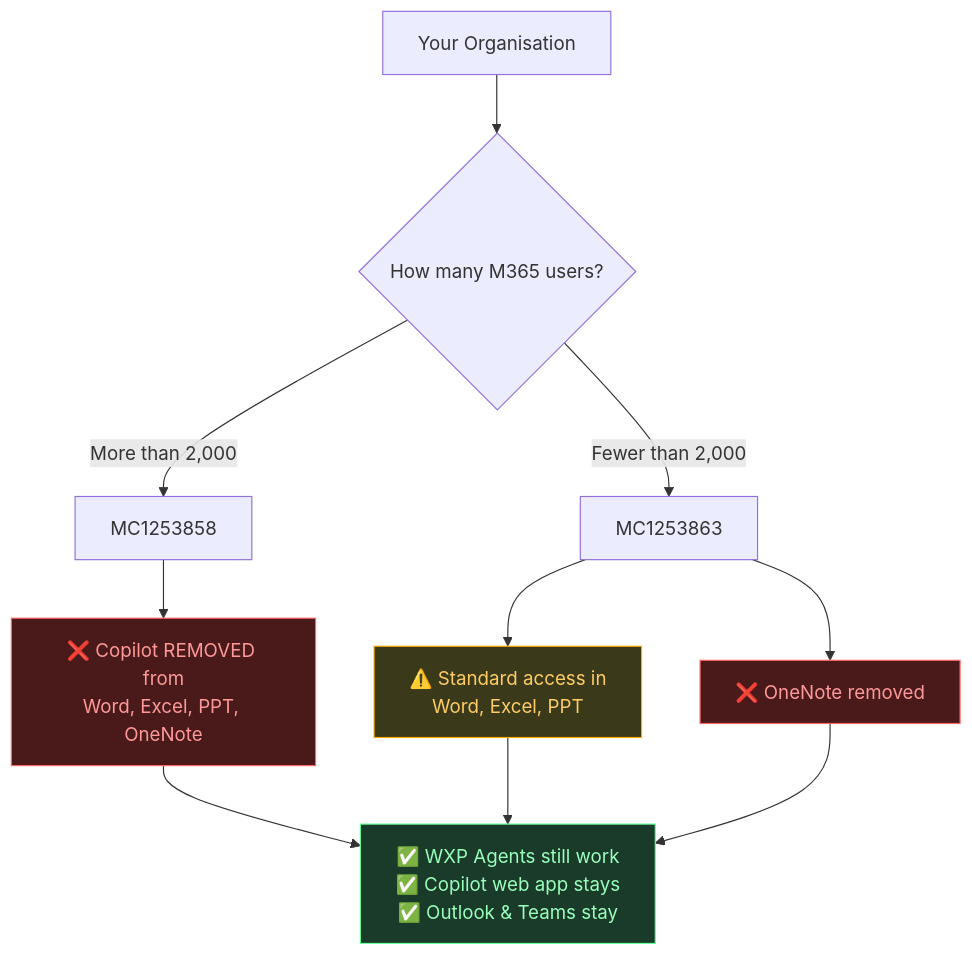
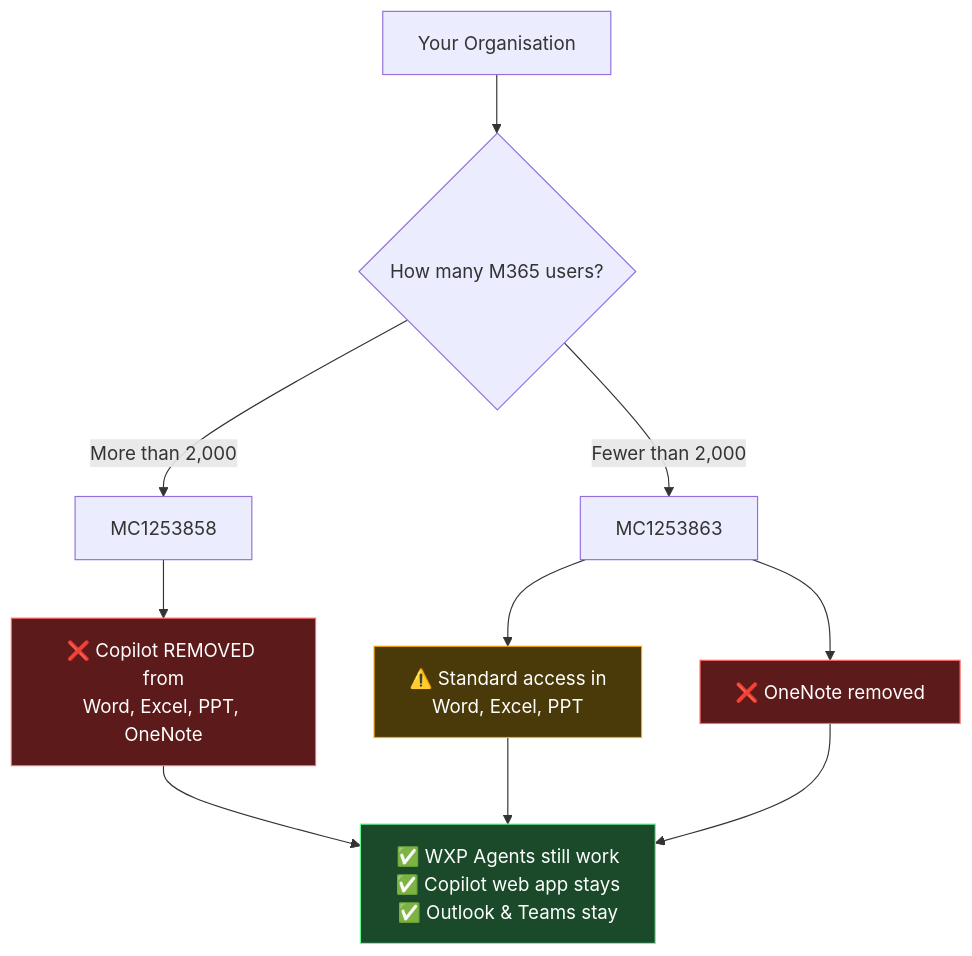
One commit to susanthgit/aguidetocloud-revamp changed the second of 5 diagrams in content/blog/microsoft-365-copilot-chat-april-2026-changes-what-admins-need-to-know.md. Above: the diagram before and after it, drawn with Mermaid. The commit also changed other lines of this file and 1 other file, not shown here.

First line of the commit message:
Fix Mermaid contrast: base theme + white text + brighter fills

````diff
--- a/content/blog/microsoft-365-copilot-chat-april-2026-changes-what-admins-need-to-know.md
+++ b/content/blog/microsoft-365-copilot-chat-april-2026-changes-what-admins-need-to-know.md
@@ -43,16 +43,16 @@
 ```mermaid
 flowchart TD
     A[Your Organisation] --> B{How many M365 users?}
     B -->|More than 2,000| C[MC1253858]
     B -->|Fewer than 2,000| D[MC1253863]
     C --> E["❌ Copilot REMOVED from\nWord, Excel, PPT, OneNote"]
     D --> F["⚠️ Standard access in\nWord, Excel, PPT"]
     D --> G["❌ OneNote removed"]
     E --> H["✅ WXP Agents still work\n✅ Copilot web app stays\n✅ Outlook & Teams stay"]
     F --> H
     G --> H
-    style E fill:#4a1a1a,stroke:#ff6666,color:#ff9999
-    style G fill:#4a1a1a,stroke:#ff6666,color:#ff9999
-    style F fill:#3a3a1a,stroke:#ffaa00,color:#ffcc66
-    style H fill:#1a3a2a,stroke:#66ff99,color:#99ffbb
+    style E fill:#5c1a1a,stroke:#ff6666,color:#ffffff
+    style G fill:#5c1a1a,stroke:#ff6666,color:#ffffff
+    style F fill:#4a3a0a,stroke:#ffaa00,color:#ffffff
+    style H fill:#1a4a2a,stroke:#66ff99,color:#ffffff
 ```
````
